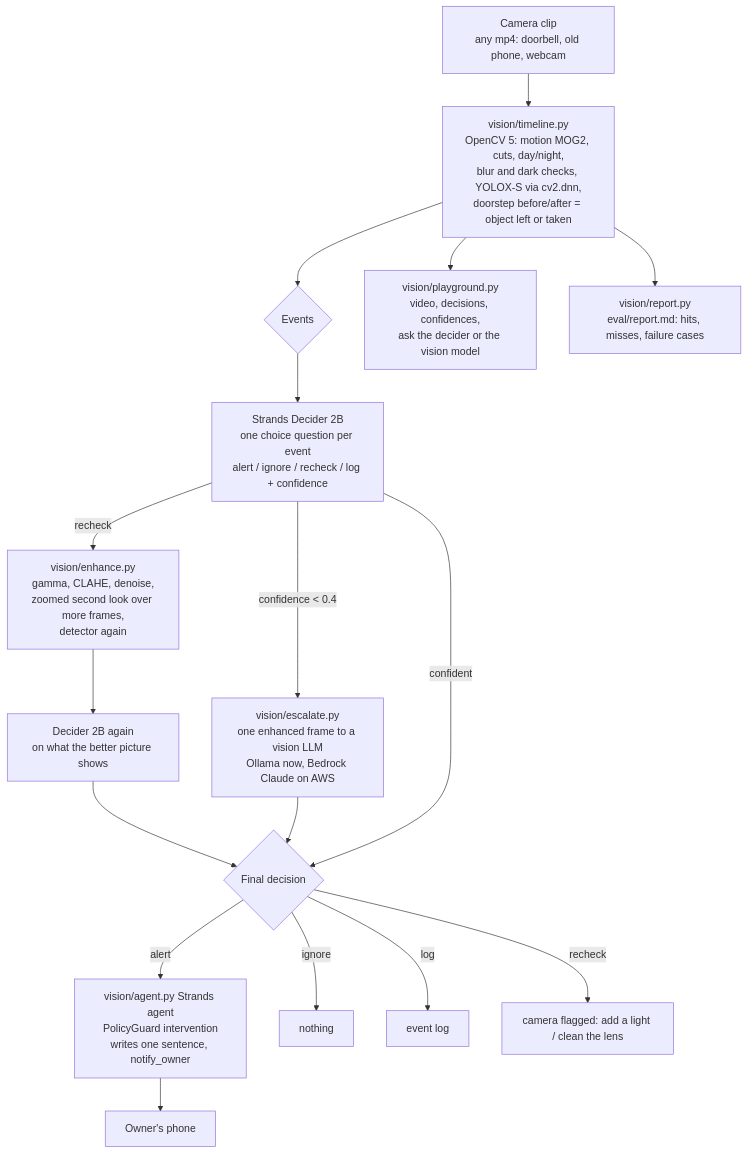
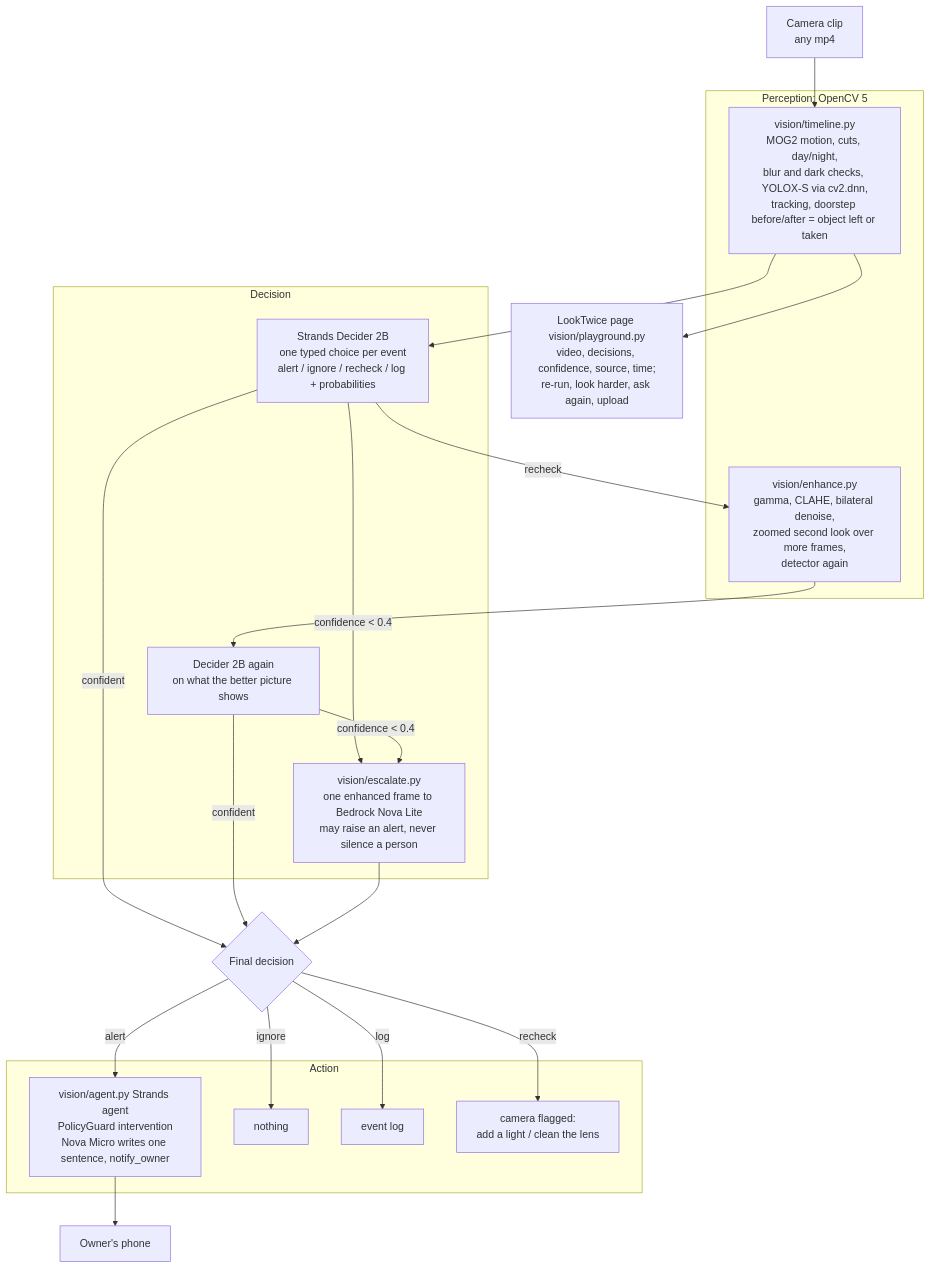
One commit to yashrajshrestha/ring-clip-agent changed the first of 2 diagrams in docs/architecture.md. Above: the diagram before and after it, drawn with Mermaid. The commit also changed other lines of this file and 5 other files, not shown here.

First line of the commit message:
docs: OpenCV technical report with the AWS deployment, benchmark, real agent trace and failure cases; architecture diagrams for the agent loop and AWS; deploy instructions; pinned numpy, boto3, pytest

````diff
--- a/docs/architecture.md
+++ b/docs/architecture.md
@@ -7,19 +9,37 @@
 ```mermaid
 flowchart TD
-    V[Camera clip<br/>any mp4: doorbell, old phone, webcam] --> T[vision/timeline.py<br/>OpenCV 5: motion MOG2, cuts, day/night,<br/>blur and dark checks, YOLOX-S via cv2.dnn,<br/>doorstep before/after = object left or taken]
-    T --> E{Events}
-    E --> D[Strands Decider 2B<br/>one choice question per event<br/>alert / ignore / recheck / log + confidence]
-    D -->|recheck| R[vision/enhance.py<br/>gamma, CLAHE, denoise,<br/>zoomed second look over more frames,<br/>detector again]
-    R --> D2[Decider 2B again<br/>on what the better picture shows]
-    D -->|confidence < 0.4| X[vision/escalate.py<br/>one enhanced frame to a vision LLM<br/>Ollama now, Bedrock Claude on AWS]
-    D2 --> A
-    X --> A
-    D -->|confident| A{Final decision}
-    A -->|alert| G[vision/agent.py Strands agent<br/>PolicyGuard intervention<br/>writes one sentence, notify_owner]
-    A -->|ignore| N0[nothing]
-    A -->|log| N1[event log]
-    A -->|recheck| N2[camera flagged: add a light / clean the lens]
+    V[Camera clip<br/>any mp4] --> T
+
+    subgraph P[Perception: OpenCV 5]
+        T[vision/timeline.py<br/>MOG2 motion, cuts, day/night,<br/>blur and dark checks, YOLOX-S via cv2.dnn,<br/>tracking, doorstep before/after = object left or taken]
+        R[vision/enhance.py<br/>gamma, CLAHE, bilateral denoise,<br/>zoomed second look over more frames,<br/>detector again]
+    end
+
+    subgraph D[Decision]
+        D1[Strands Decider 2B<br/>one typed choice per event<br/>alert / ignore / recheck / log + probabilities]
+        D2[Decider 2B again<br/>on what the better picture shows]
+        X[vision/escalate.py<br/>one enhanced frame to Bedrock Nova Lite<br/>may raise an alert, never silence a person]
+    end
+
+    subgraph A[Action]
+        G[vision/agent.py Strands agent<br/>PolicyGuard intervention<br/>Nova Micro writes one sentence, notify_owner]
+        N0[nothing]
+        N1[event log]
+        N2[camera flagged:<br/>add a light / clean the lens]
+    end
+
+    T --> D1
+    D1 -->|recheck| R
+    R --> D2
+    D1 -->|confidence < 0.4| X
+    D2 -->|confidence < 0.4| X
+    D1 -->|confident| F{Final decision}
+    D2 -->|confident| F
+    X --> F
+    F -->|alert| G
+    F -->|ignore| N0
+    F -->|log| N1
+    F -->|recheck| N2
     G --> O[Owner's phone]
-    T --> P[vision/playground.py<br/>video, decisions, confidences,<br/>ask the decider or the vision model]
-    T --> Q[vision/report.py<br/>eval/report.md: hits, misses, failure cases]
+    T --> W[LookTwice page vision/playground.py<br/>video, decisions, confidence, source, time;<br/>re-run, look harder, ask again, upload]
 ```
````
